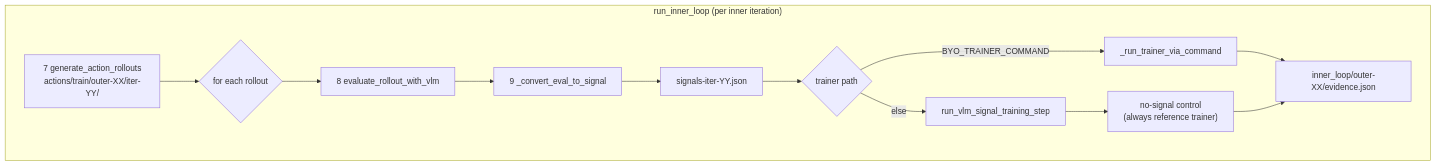
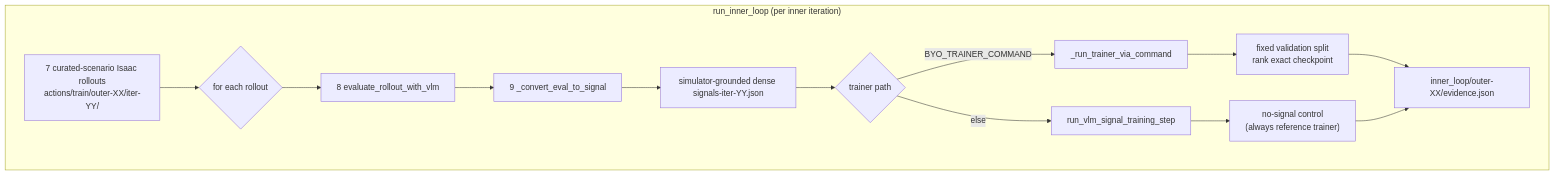
Before and after one commit to nebius/nebius-physical-ai: the fourth of 6 diagrams in docs/workbench/guides/sim2real-architecture.md, drawn with Mermaid. The commit also changed other lines of this file and 51 other files, not shown here.

````diff
--- a/docs/workbench/guides/sim2real-architecture.md
+++ b/docs/workbench/guides/sim2real-architecture.md
@@ -121,16 +121,17 @@
 ```mermaid
 flowchart TD
   subgraph inner["run_inner_loop (per inner iteration)"]
-    AR["7 generate_action_rollouts<br/>actions/train/outer-XX/iter-YY/"]
+    AR["7 curated-scenario Isaac rollouts<br/>actions/train/outer-XX/iter-YY/"]
     AR --> PER{"for each rollout"}
     PER --> VLM["8 evaluate_rollout_with_vlm"]
     VLM --> SIG["9 _convert_eval_to_signal"]
-    SIG --> BATCH["signals-iter-YY.json"]
+    SIG --> BATCH["simulator-grounded dense signals-iter-YY.json"]
     BATCH --> TRAIN{"trainer path"}
     TRAIN -->|BYO_TRAINER_COMMAND| BYOT["_run_trainer_via_command"]
     TRAIN -->|else| REF["run_vlm_signal_training_step"]
     REF --> CTRL["no-signal control<br/>(always reference trainer)"]
-    BYOT --> EVID
+    BYOT --> VAL["fixed validation split<br/>rank exact checkpoint"]
+    VAL --> EVID
     CTRL --> EVID["inner_loop/outer-XX/evidence.json"]
   end
 ```
````
